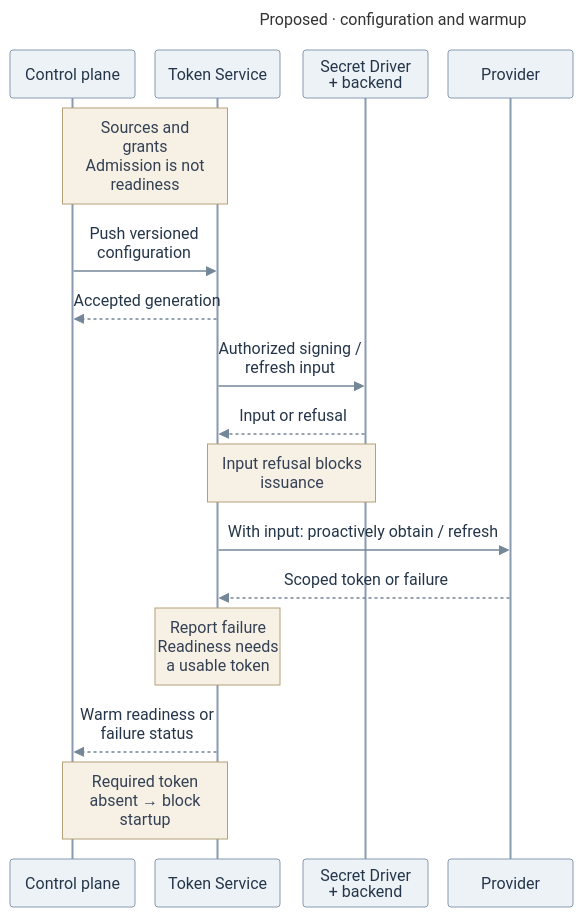
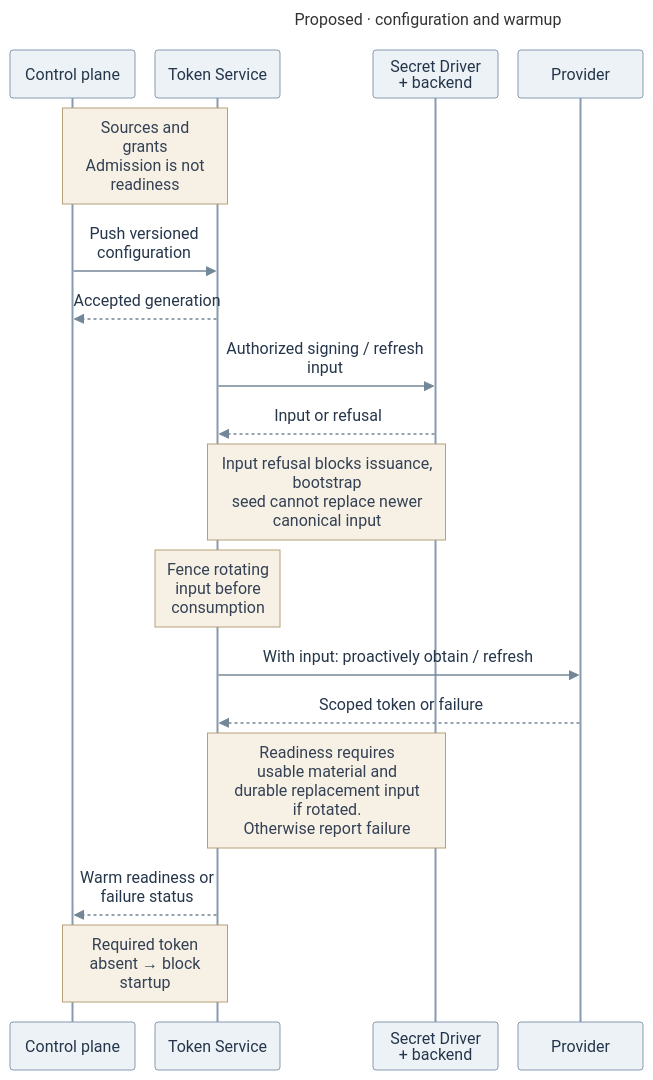
One commit to freeqaz-openai/openclaw-enterprise changed the diagram in specs/rfcs/0019-egress-proxy-credential-lifecycle/assets/configuration-warmup.mmd. Above: the diagram before and after it, drawn with Mermaid. The commit also changed 10 other files, not shown here.

```diff
--- a/specs/rfcs/0019-egress-proxy-credential-lifecycle/assets/configuration-warmup.mmd
+++ b/specs/rfcs/0019-egress-proxy-credential-lifecycle/assets/configuration-warmup.mmd
@@ -1,43 +1,44 @@
 ---
 title: "Proposed · configuration and warmup"
 config:
   theme: base
   themeVariables:
     fontFamily: "Arial, sans-serif"
     fontSize: "16px"
     actorBkg: "#EDF2F7"
     actorBorder: "#879AB0"
     actorTextColor: "#25364A"
     noteBkgColor: "#F7F1E5"
     noteBorderColor: "#B3A078"
     noteTextColor: "#344054"
     signalColor: "#748798"
     signalTextColor: "#25364A"
   sequence:
     useMaxWidth: false
     actorMargin: 20
     width: 125
     height: 48
     diagramMarginX: 16
     diagramMarginY: 16
     messageMargin: 20
     noteMargin: 10
     mirrorActors: true
     wrap: true
 ---
 sequenceDiagram
   participant C as Control plane
   participant T as Token Service
   participant S as Secret Driver<br/>+ backend
   participant P as Provider
   Note over C,T: Sources and grants<br/>Admission is not readiness
   C->>T: Push versioned configuration
   T-->>C: Accepted generation
   T->>S: Authorized signing / refresh input
   S-->>T: Input or refusal
-  Note over T,S: Input refusal blocks issuance
+  Note over T,S: Input refusal blocks issuance,<br/>bootstrap seed cannot replace newer canonical input
+  Note over T: Fence rotating input before consumption
   T->>P: With input: proactively obtain / refresh
   P-->>T: Scoped token or failure
-  Note over T: Report failure<br/>Readiness needs<br/>a usable token
+  Note over T,S: Readiness requires<br/>usable material and<br/>durable replacement input<br/>if rotated.<br/>Otherwise report failure
   T-->>C: Warm readiness or failure status
   Note over C,T: Required token absent → block startup
```
